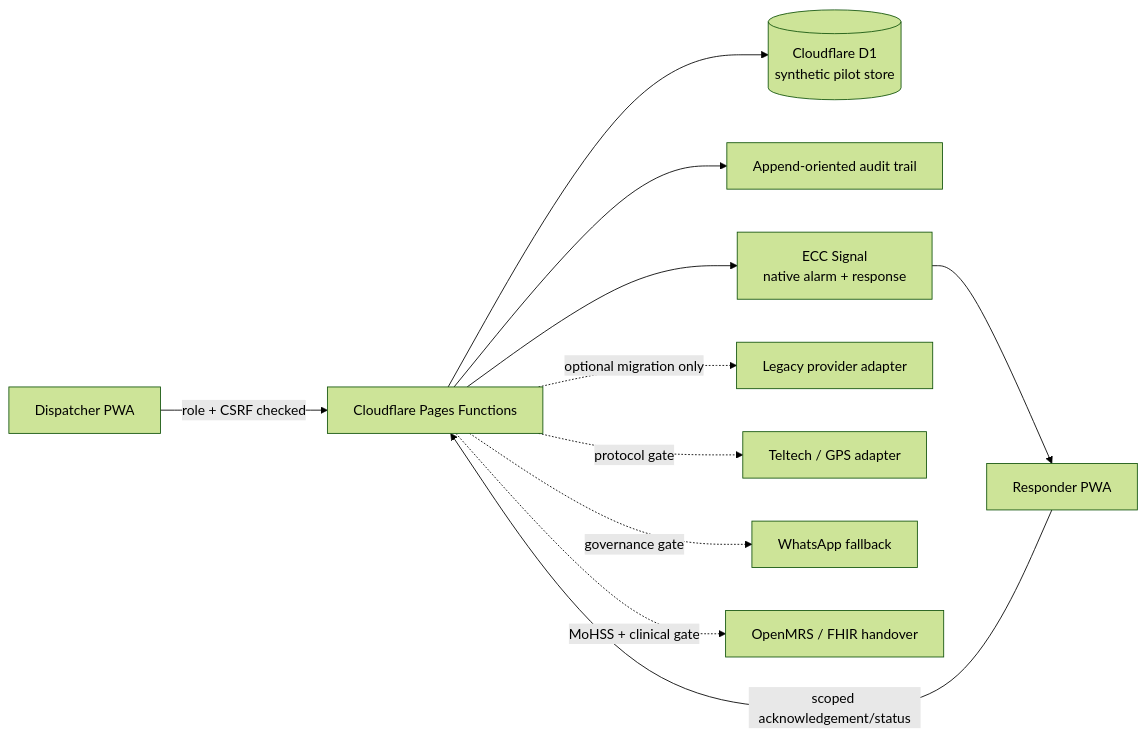
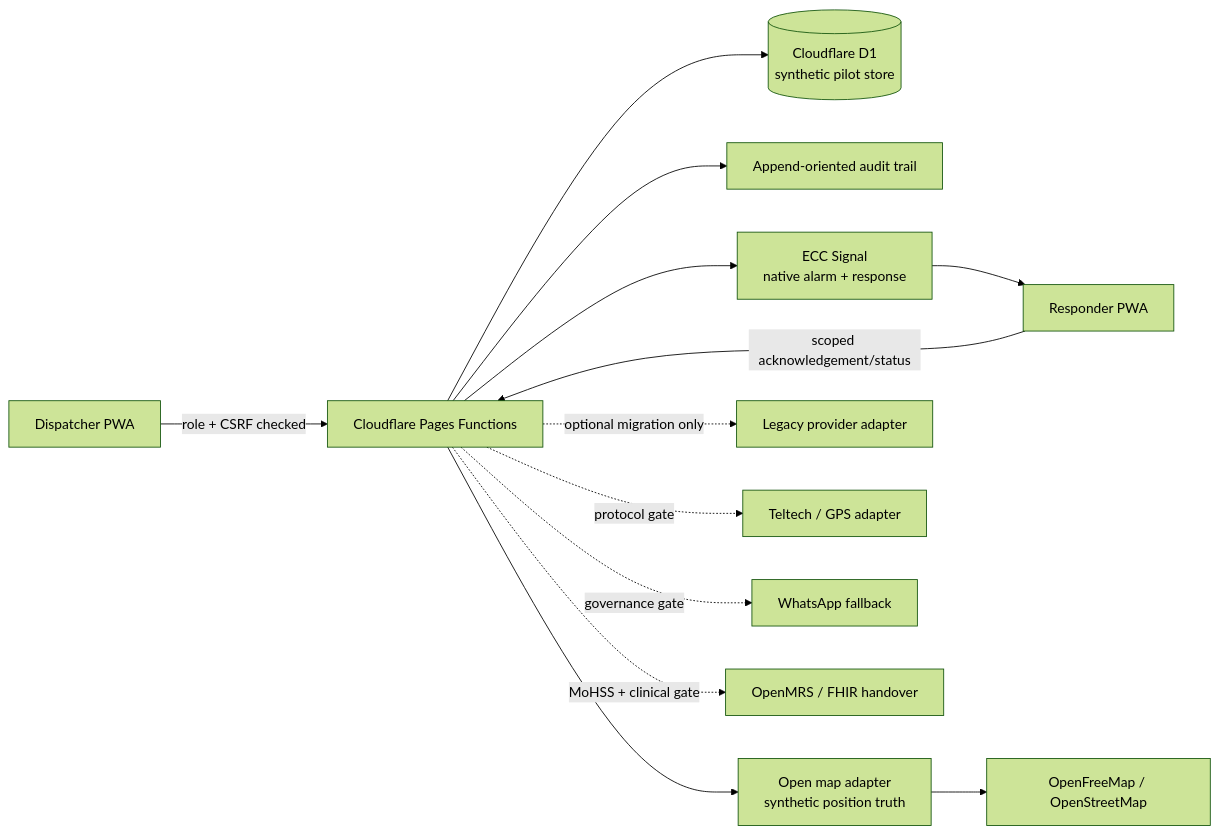
One commit to freeman-ipumbu/ecc-command-case-study changed the diagram in README.md. Above: the diagram before and after it, drawn with Mermaid (forest theme). The commit also changed other lines of this file, not shown here.

Commit message:
docs: showcase open maps and operator onboarding

````diff
--- a/README.md
+++ b/README.md
@@ -87,13 +97,15 @@
 ```mermaid
 flowchart LR
     A[Dispatcher PWA] -->|role + CSRF checked| B[Cloudflare Pages Functions]
     R[Responder PWA] -->|scoped acknowledgement/status| B
     B --> D[(Cloudflare D1\nsynthetic pilot store)]
     B --> U[Append-oriented audit trail]
     B --> S[ECC Signal\nnative alarm + response]
+    B --> M[Open map adapter\nsynthetic position truth]
+    M --> O[OpenFreeMap / OpenStreetMap]
     S --> R
     B -. optional migration only .-> G[Legacy provider adapter]
     B -. protocol gate .-> T[Teltech / GPS adapter]
     B -. governance gate .-> W[WhatsApp fallback]
     B -. MoHSS + clinical gate .-> F[OpenMRS / FHIR handover]
 ```
````
